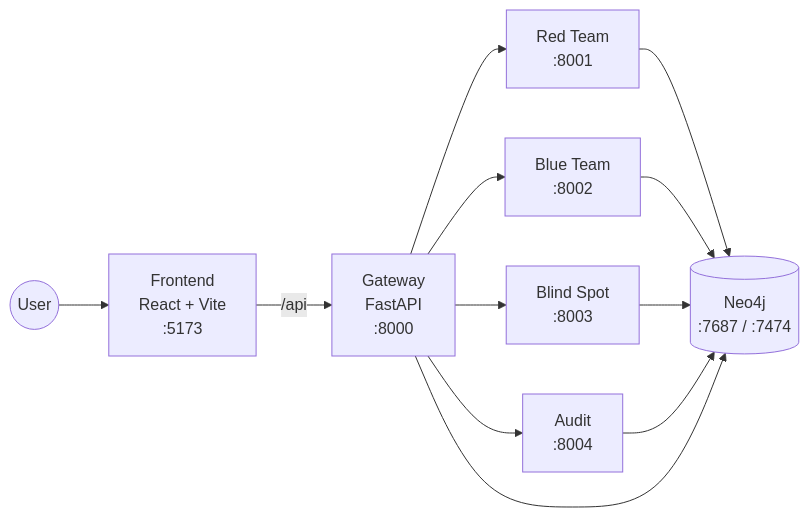
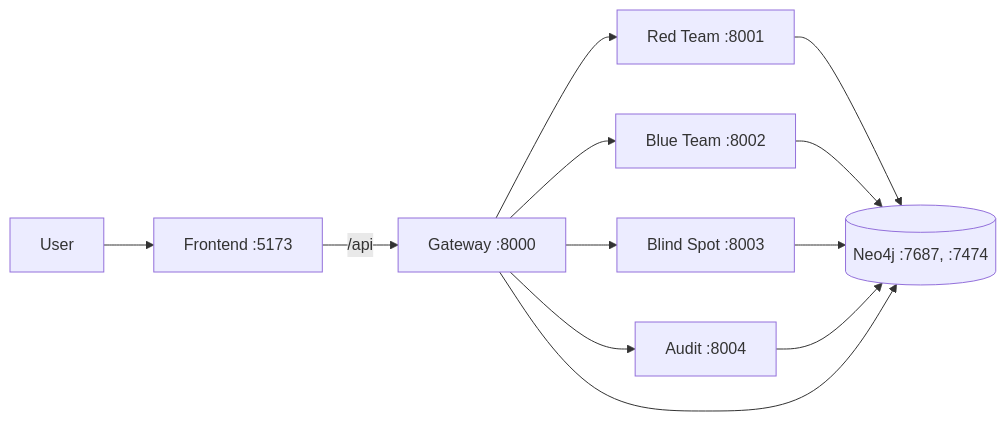
The diagram in README.md (Sahtattou/Aegis), drawn with Mermaid before and after one commit.

````diff
--- a/README.md
+++ b/README.md
@@ -19,16 +19,14 @@
 ```mermaid
 flowchart LR
-  U((User)) --> F[Frontend\nReact + Vite\n:5173]
-  F -->|/api| G[Gateway\nFastAPI\n:8000]
-
-  G --> RT[Red Team\n:8001]
-  G --> BT[Blue Team\n:8002]
-  G --> BS[Blind Spot\n:8003]
-  G --> AU[Audit\n:8004]
-
-  RT --> N[(Neo4j\n:7687 / :7474)]
+  U[User] --> F[Frontend :5173]
+  F -->|/api| G[Gateway :8000]
+  G --> RT[Red Team :8001]
+  G --> BT[Blue Team :8002]
+  G --> BS[Blind Spot :8003]
+  G --> AU[Audit :8004]
+  RT --> N[(Neo4j :7687, :7474)]
   BT --> N
   BS --> N
   AU --> N
   G --> N
 ```
````
